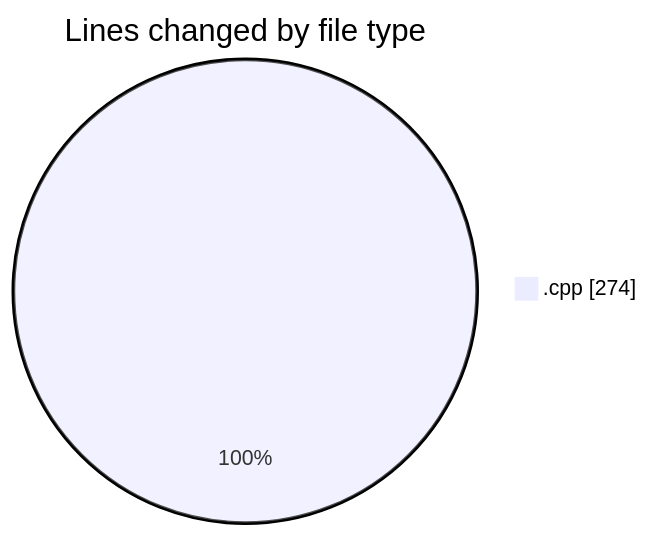
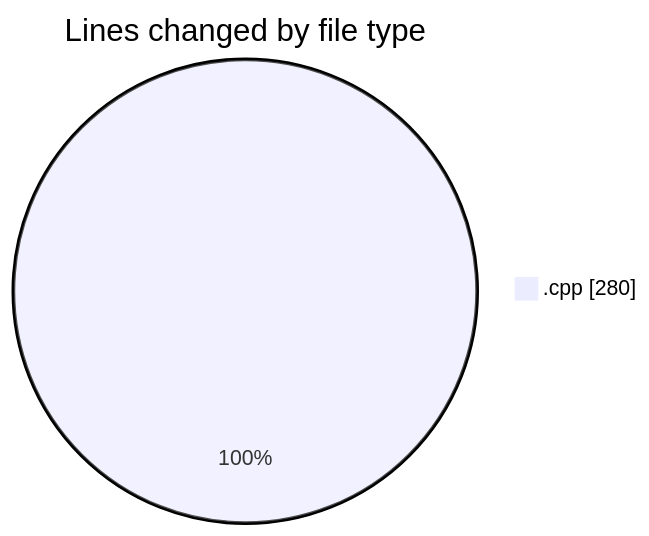
Before and after one commit to Netris89/code-tracking: the first of 2 diagrams in 2025-04-24/echo/README.md, drawn with Mermaid. The commit also changed other lines of this file and 1 other file, not shown here.

````diff
--- a/2025-04-24/echo/README.md
+++ b/2025-04-24/echo/README.md
@@ -20,5 +20,5 @@
 ```mermaid
 pie showData
 title Lines changed by file type
-".cpp" : 274
+".cpp" : 280
 ```
````
